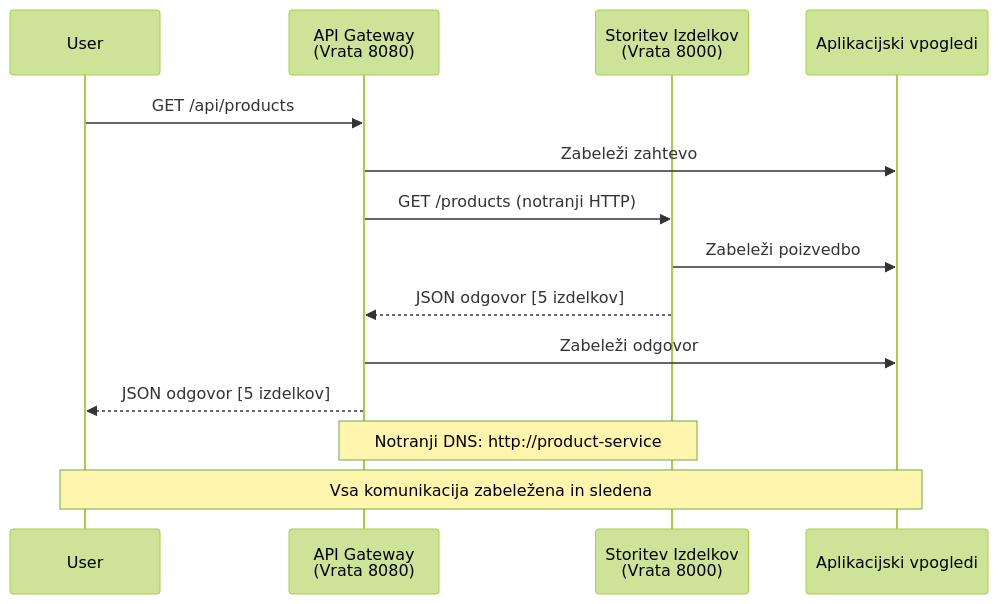
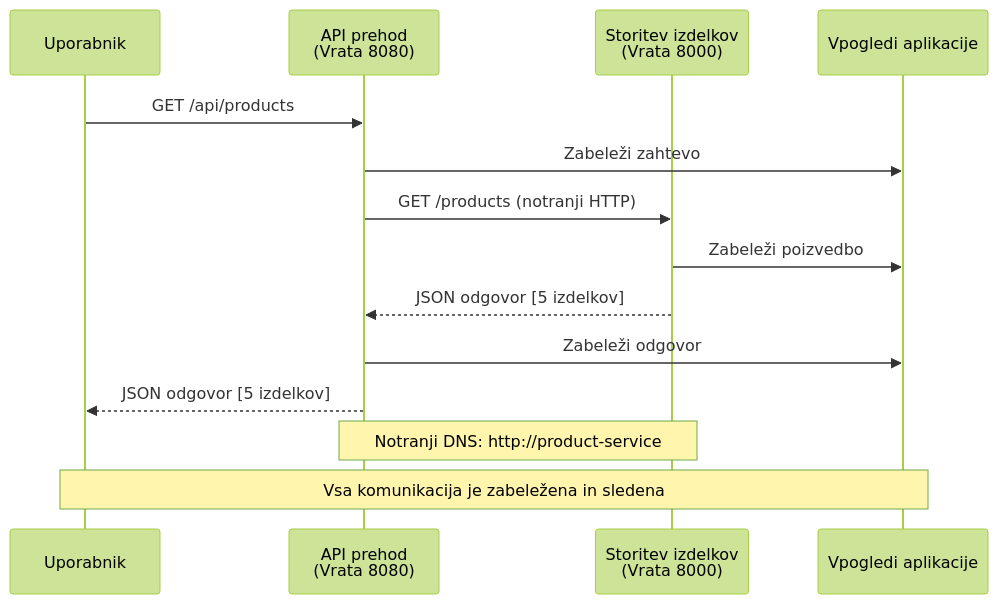
Before and after one commit to microsoft/AZD-for-beginners: the fourth of 4 diagrams in translations/sl/examples/microservices/README.md, drawn with Mermaid (forest theme). The commit also changed other lines of this file and 242 other files, not shown here.

````diff
--- a/translations/sl/examples/microservices/README.md
+++ b/translations/sl/examples/microservices/README.md
@@ -432,18 +423,18 @@
 ```mermaid
 sequenceDiagram
-    participant User
-    participant Gateway as API Gateway<br/>(Vrata 8080)
-    participant Product as Storitev Izdelkov<br/>(Vrata 8000)
-    participant AI as Aplikacijski vpogledi
+    participant User as Uporabnik
+    participant Gateway as API prehod<br/>(Vrata 8080)
+    participant Product as Storitev izdelkov<br/>(Vrata 8000)
+    participant AI as Vpogledi aplikacije
     
     User->>Gateway: GET /api/products
     Gateway->>AI: Zabeleži zahtevo
     Gateway->>Product: GET /products (notranji HTTP)
     Product->>AI: Zabeleži poizvedbo
     Product-->>Gateway: JSON odgovor [5 izdelkov]
     Gateway->>AI: Zabeleži odgovor
     Gateway-->>User: JSON odgovor [5 izdelkov]
     
     Note over Gateway,Product: Notranji DNS: http://product-service
-    Note over User,AI: Vsa komunikacija zabeležena in sledena
+    Note over User,AI: Vsa komunikacija je zabeležena in sledena
 ```
````
